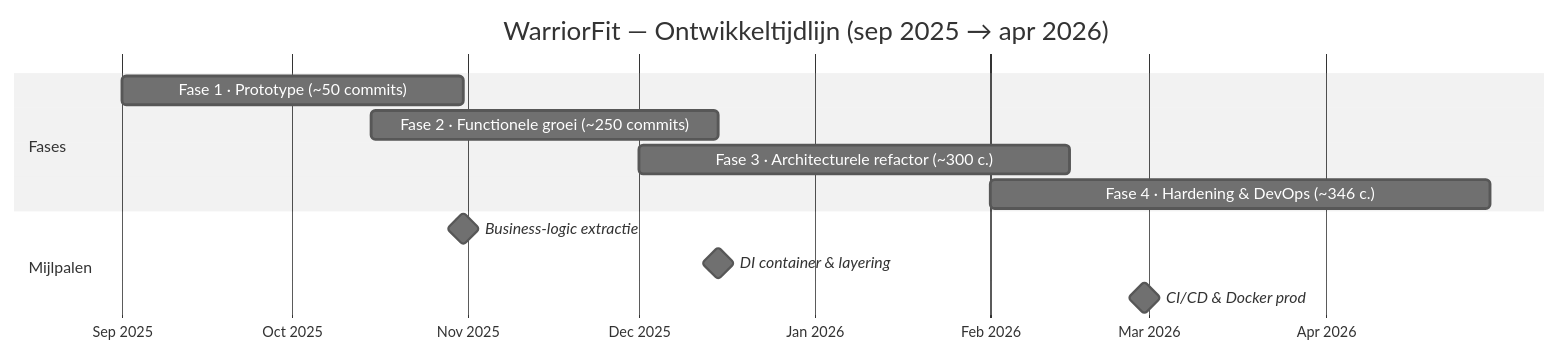
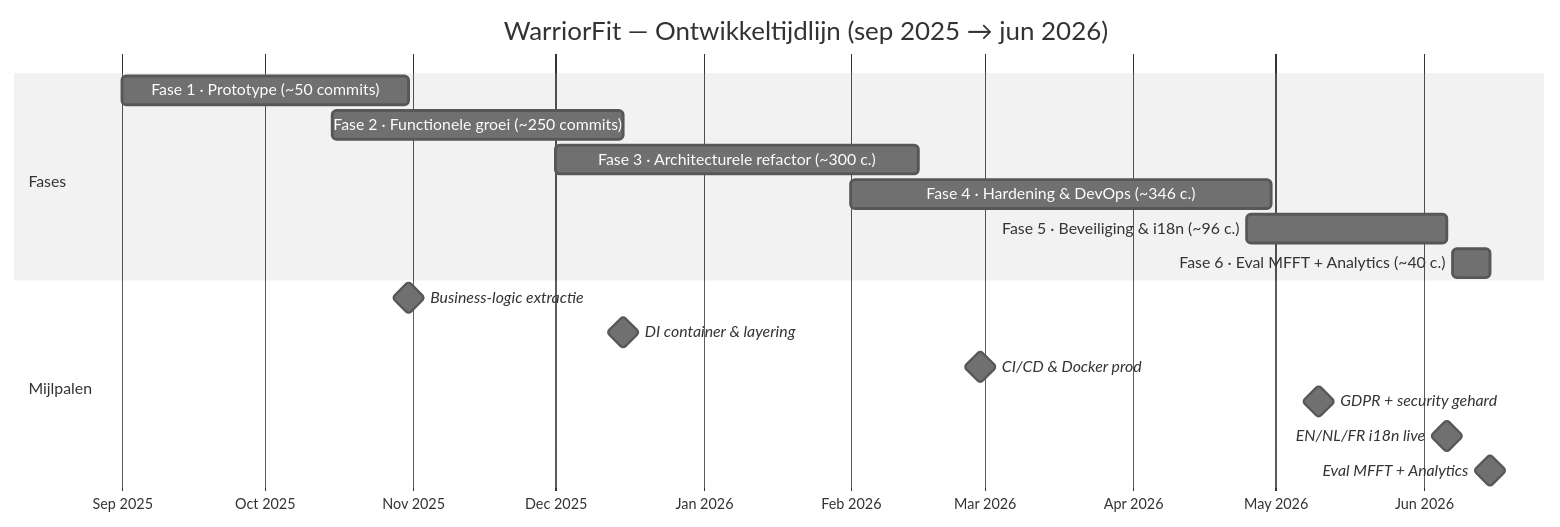
Before and after one commit to BenoitGoethals/WarriorFit: the first of 3 diagrams in documentation/evolution.md, drawn with Mermaid (neutral theme). The commit also changed other lines of this file and 4 other files, not shown here.

First line of the commit message:
docs: update evolution timeline with MFFT Eval and Test Analytics integration

````diff
--- a/documentation/evolution.md
+++ b/documentation/evolution.md
@@ -9,17 +9,22 @@
 ```mermaid
 gantt
-    title WarriorFit — Ontwikkeltijdlijn (sep 2025 → apr 2026)
+    title WarriorFit — Ontwikkeltijdlijn (sep 2025 → jun 2026)
     dateFormat  YYYY-MM-DD
     axisFormat  %b %Y
 
     section Fases
     Fase 1 · Prototype (~50 commits)              :p1, 2025-09-01, 2025-10-31
     Fase 2 · Functionele groei (~250 commits)     :p2, 2025-10-15, 2025-12-15
     Fase 3 · Architecturele refactor (~300 c.)    :p3, 2025-12-01, 2026-02-15
     Fase 4 · Hardening & DevOps (~346 c.)         :p4, 2026-02-01, 2026-04-30
+    Fase 5 · Beveiliging & i18n (~96 c.)          :p5, 2026-04-25, 2026-06-06
+    Fase 6 · Eval MFFT + Analytics (~40 c.)       :p6, 2026-06-07, 2026-06-15
 
     section Mijlpalen
     Business-logic extractie    :milestone, 2025-10-31, 0d
     DI container & layering     :milestone, 2025-12-15, 0d
     CI/CD & Docker prod         :milestone, 2026-02-28, 0d
+    GDPR + security gehard      :milestone, 2026-05-10, 0d
+    EN/NL/FR i18n live          :milestone, 2026-06-06, 0d
+    Eval MFFT + Analytics       :milestone, 2026-06-15, 0d
 ```
````
